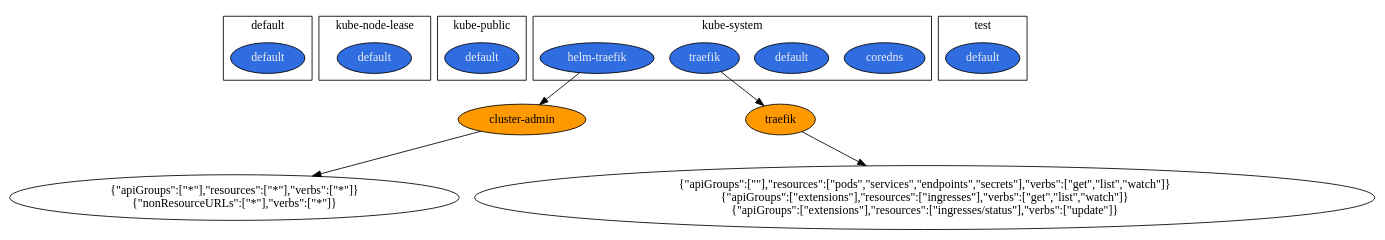
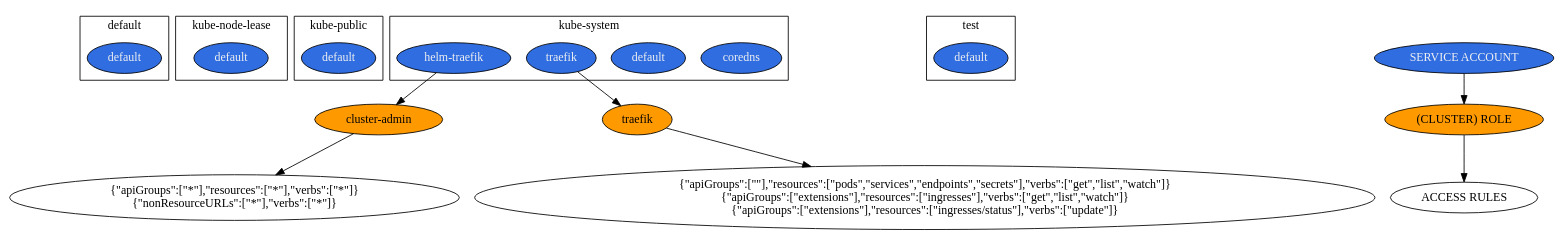
The diagram in examples/k3s.dot (team-soteria/rback), drawn with Graphviz before and after one commit. The commit also changed 4 other files, not shown here.

```diff
--- a/examples/k3s.dot
+++ b/examples/k3s.dot
@@ -1,40 +1,45 @@
 digraph  {
-	subgraph cluster_s0 {
-		ID = "cluster_s0";
+	subgraph cluster_s1 {
+		ID = "cluster_s1";
 		label="default";
-		n1[fillcolor="#2f6de1",fontcolor="#f0f0f0",label="default",style="filled"];
-		
-	}subgraph cluster_s1 {
-		ID = "cluster_s1";
-		label="kube-node-lease";
-		n2[fillcolor="#2f6de1",fontcolor="#f0f0f0",label="default",style="filled"];
+		n5[fillcolor="#2f6de1",fontcolor="#f0f0f0",label="default",style="filled"];
 		
 	}subgraph cluster_s2 {
 		ID = "cluster_s2";
-		label="kube-public";
-		n3[fillcolor="#2f6de1",fontcolor="#f0f0f0",label="default",style="filled"];
+		label="kube-node-lease";
+		n6[fillcolor="#2f6de1",fontcolor="#f0f0f0",label="default",style="filled"];
 		
 	}subgraph cluster_s3 {
 		ID = "cluster_s3";
-		label="kube-system";
-		n4[fillcolor="#2f6de1",fontcolor="#f0f0f0",label="coredns",style="filled"];
-		n5[fillcolor="#2f6de1",fontcolor="#f0f0f0",label="default",style="filled"];
-		n6[fillcolor="#2f6de1",fontcolor="#f0f0f0",label="helm-traefik",style="filled"];
-		n9[fillcolor="#2f6de1",fontcolor="#f0f0f0",label="traefik",style="filled"];
+		label="kube-public";
+		n7[fillcolor="#2f6de1",fontcolor="#f0f0f0",label="default",style="filled"];
 		
 	}subgraph cluster_s4 {
 		ID = "cluster_s4";
+		label="kube-system";
+		n8[fillcolor="#2f6de1",fontcolor="#f0f0f0",label="coredns",style="filled"];
+		n9[fillcolor="#2f6de1",fontcolor="#f0f0f0",label="default",style="filled"];
+		n10[fillcolor="#2f6de1",fontcolor="#f0f0f0",label="helm-traefik",style="filled"];
+		n13[fillcolor="#2f6de1",fontcolor="#f0f0f0",label="traefik",style="filled"];
+		
+	}subgraph cluster_s0 {
+		ID = "cluster_s0";
 		label="test";
-		n12[fillcolor="#2f6de1",fontcolor="#f0f0f0",label="default",style="filled"];
+		n4[fillcolor="#2f6de1",fontcolor="#f0f0f0",label="default",style="filled"];
 		
 	}
-	n7[fillcolor="#ff9900",fontcolor="#030303",label="cluster-admin",style="filled"];
-	n10[fillcolor="#ff9900",fontcolor="#030303",label="traefik",style="filled"];
-	n11[label="{\"apiGroups\":[\"\"],\"resources\":[\"pods\",\"services\",\"endpoints\",\"secrets\"],\"verbs\":[\"get\",\"list\",\"watch\"]}\n{\"apiGroups\":[\"extensions\"],\"resources\":[\"ingresses\"],\"verbs\":[\"get\",\"list\",\"watch\"]}\n{\"apiGroups\":[\"extensions\"],\"resources\":[\"ingresses/status\"],\"verbs\":[\"update\"]}\n"];
-	n8[label="{\"apiGroups\":[\"*\"],\"resources\":[\"*\"],\"verbs\":[\"*\"]}\n{\"nonResourceURLs\":[\"*\"],\"verbs\":[\"*\"]}\n"];
-	n7->n8;
-	n6->n7;
-	n9->n10;
+	n2[fillcolor="#ff9900",fontcolor="#030303",label="(CLUSTER) ROLE",style="filled"];
+	n3[label="ACCESS RULES"];
+	n1[fillcolor="#2f6de1",fontcolor="#f0f0f0",label="SERVICE ACCOUNT",style="filled"];
+	n11[fillcolor="#ff9900",fontcolor="#030303",label="cluster-admin",style="filled"];
+	n14[fillcolor="#ff9900",fontcolor="#030303",label="traefik",style="filled"];
+	n15[label="{\"apiGroups\":[\"\"],\"resources\":[\"pods\",\"services\",\"endpoints\",\"secrets\"],\"verbs\":[\"get\",\"list\",\"watch\"]}\n{\"apiGroups\":[\"extensions\"],\"resources\":[\"ingresses\"],\"verbs\":[\"get\",\"list\",\"watch\"]}\n{\"apiGroups\":[\"extensions\"],\"resources\":[\"ingresses/status\"],\"verbs\":[\"update\"]}\n"];
+	n12[label="{\"apiGroups\":[\"*\"],\"resources\":[\"*\"],\"verbs\":[\"*\"]}\n{\"nonResourceURLs\":[\"*\"],\"verbs\":[\"*\"]}\n"];
+	n2->n3;
+	n1->n2;
+	n11->n12;
 	n10->n11;
+	n13->n14;
+	n14->n15;
 	
 }
```
